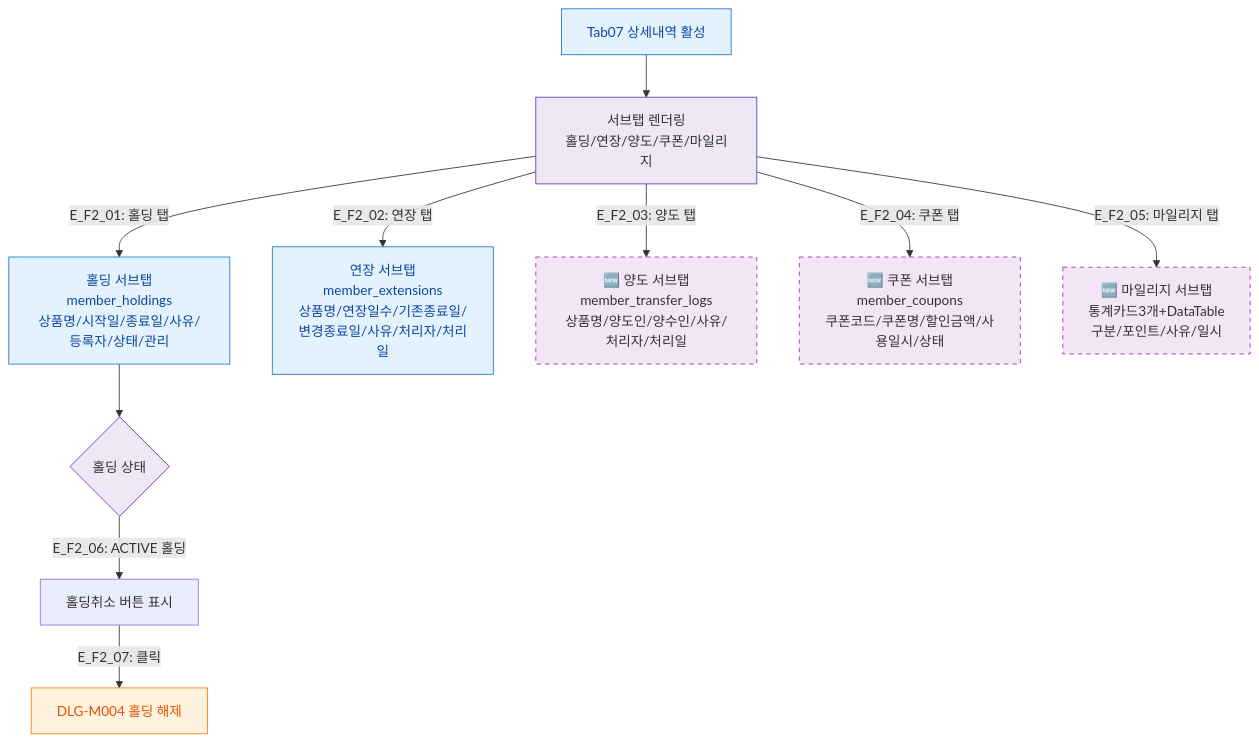
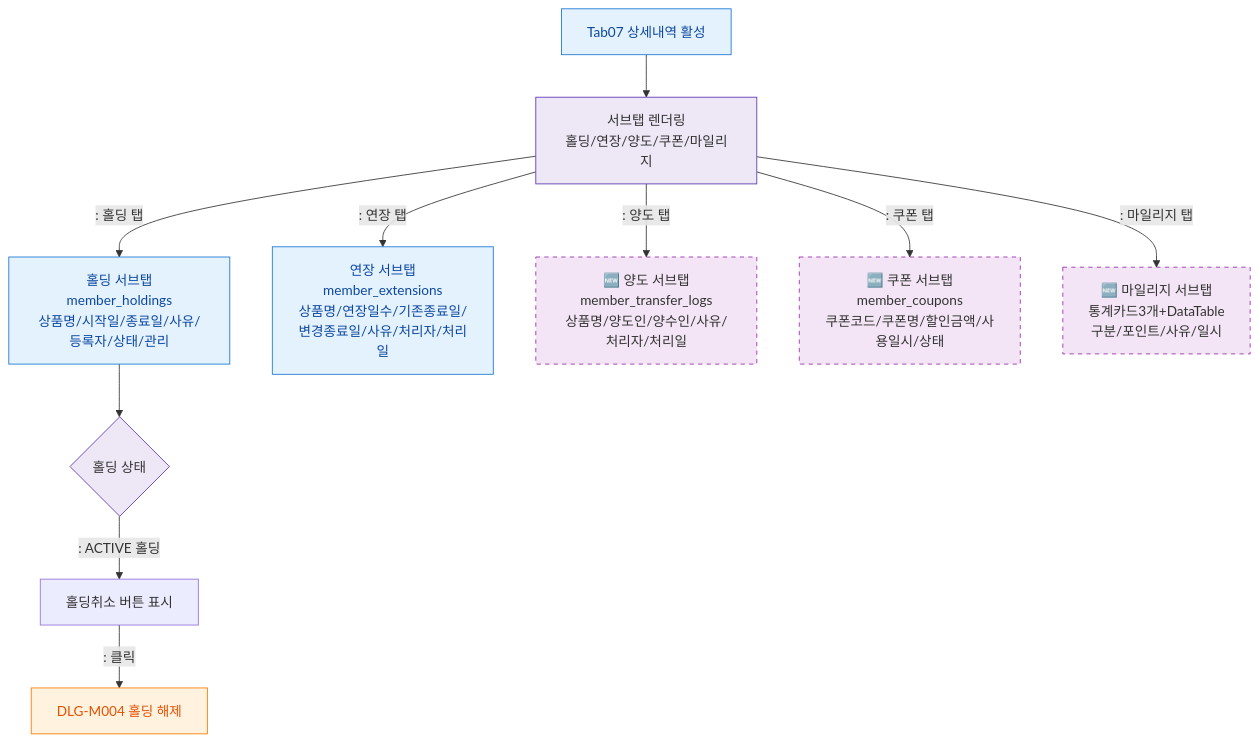
The diagram in docs/다이어그램/D02_회원관리/SCR-M004_회원상세/Tab07_상세내역/F2_메인.md (dev-spogym/admin-pando), drawn with Mermaid before and after one commit. The commit also changed other lines of this file and 1660 other files, not shown here.

First line of the commit message:
다이어그램: 기획자/클라이언트 납품본으로 정리

````diff
--- a/docs/다이어그램/D02_회원관리/SCR-M004_회원상세/Tab07_상세내역/F2_메인.md
+++ b/docs/다이어그램/D02_회원관리/SCR-M004_회원상세/Tab07_상세내역/F2_메인.md
@@ -22,23 +20,23 @@
 ```mermaid
 flowchart TD
   TAB[Tab07 상세내역 활성] --> SUBTAB[서브탭 렌더링\n홀딩/연장/양도/쿠폰/마일리지]
 
-  SUBTAB -->|"E_F2_01: 홀딩 탭"| S1[홀딩 서브탭\nmember_holdings\n상품명/시작일/종료일/사유/등록자/상태/관리]
-  SUBTAB -->|"E_F2_02: 연장 탭"| S2[연장 서브탭\nmember_extensions\n상품명/연장일수/기존종료일/변경종료일/사유/처리자/처리일]
-  SUBTAB -->|"E_F2_03: 양도 탭"| S3[🆕 양도 서브탭\nmember_transfer_logs\n상품명/양도인/양수인/사유/처리자/처리일]
-  SUBTAB -->|"E_F2_04: 쿠폰 탭"| S4[🆕 쿠폰 서브탭\nmember_coupons\n쿠폰코드/쿠폰명/할인금액/사용일시/상태]
-  SUBTAB -->|"E_F2_05: 마일리지 탭"| S5[🆕 마일리지 서브탭\n통계카드3개+DataTable\n구분/포인트/사유/일시]
+  SUBTAB -->|": 홀딩 탭"|S1[홀딩 서브탭\nmember_holdings\n상품명/시작일/종료일/사유/등록자/상태/관리]
+  SUBTAB -->|": 연장 탭"|S2[연장 서브탭\nmember_extensions\n상품명/연장일수/기존종료일/변경종료일/사유/처리자/처리일]
+  SUBTAB -->|": 양도 탭"|S3[🆕 양도 서브탭\nmember_transfer_logs\n상품명/양도인/양수인/사유/처리자/처리일]
+  SUBTAB -->|": 쿠폰 탭"|S4[🆕 쿠폰 서브탭\nmember_coupons\n쿠폰코드/쿠폰명/할인금액/사용일시/상태]
+  SUBTAB -->|": 마일리지 탭"|S5[🆕 마일리지 서브탭\n통계카드3개+DataTable\n구분/포인트/사유/일시]
 
   S1 --> HOLD_ACT{홀딩 상태}
-  HOLD_ACT -->|"E_F2_06: ACTIVE 홀딩"| HOLD_CANCEL_BTN[홀딩취소 버튼 표시]
-  HOLD_CANCEL_BTN -->|"E_F2_07: 클릭"| DLG_M004[DLG-M004 홀딩 해제]
+  HOLD_ACT -->|": ACTIVE 홀딩"|HOLD_CANCEL_BTN[홀딩취소 버튼 표시]
+  HOLD_CANCEL_BTN -->|": 클릭"|DLG_M004[DLG-M004 홀딩 해제]
 
   classDef screen fill:#E3F2FD,stroke:#1976D2,color:#0D47A1
   classDef modal fill:#FFF3E0,stroke:#F57C00,color:#E65100
   classDef newFeature fill:#F3E5F5,stroke:#9C27B0,stroke-dasharray:5 5
   classDef system fill:#EDE7F6,stroke:#5E35B2
   class TAB,S1,S2 screen
   class S3,S4,S5 newFeature
   class DLG_M004 modal
   class SUBTAB,HOLD_ACT system
 ```
````
